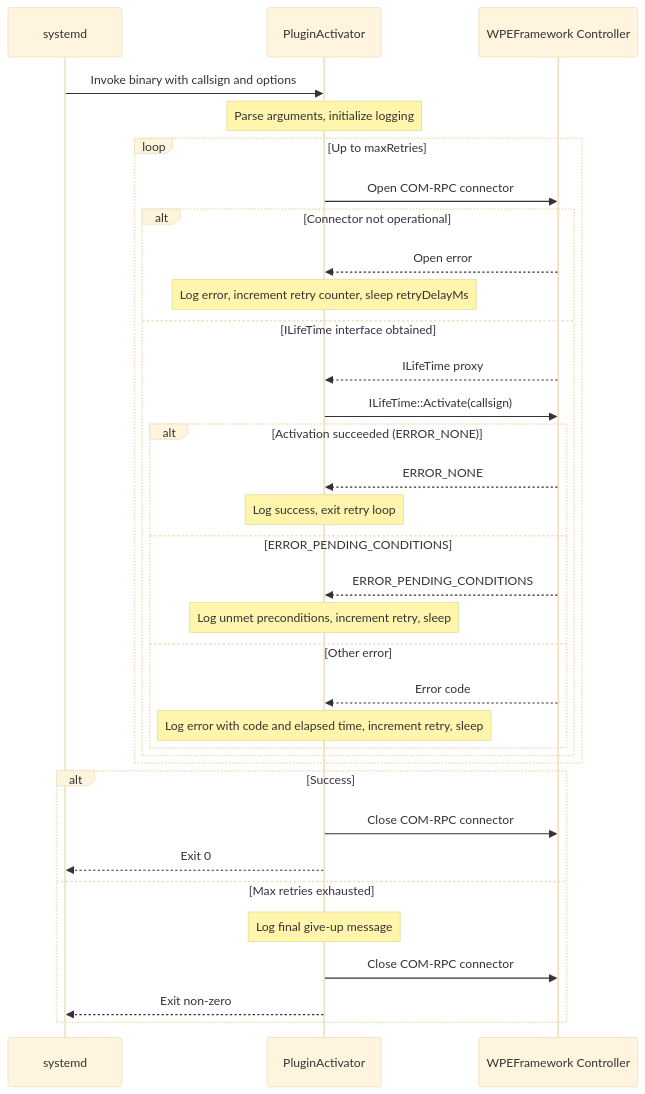
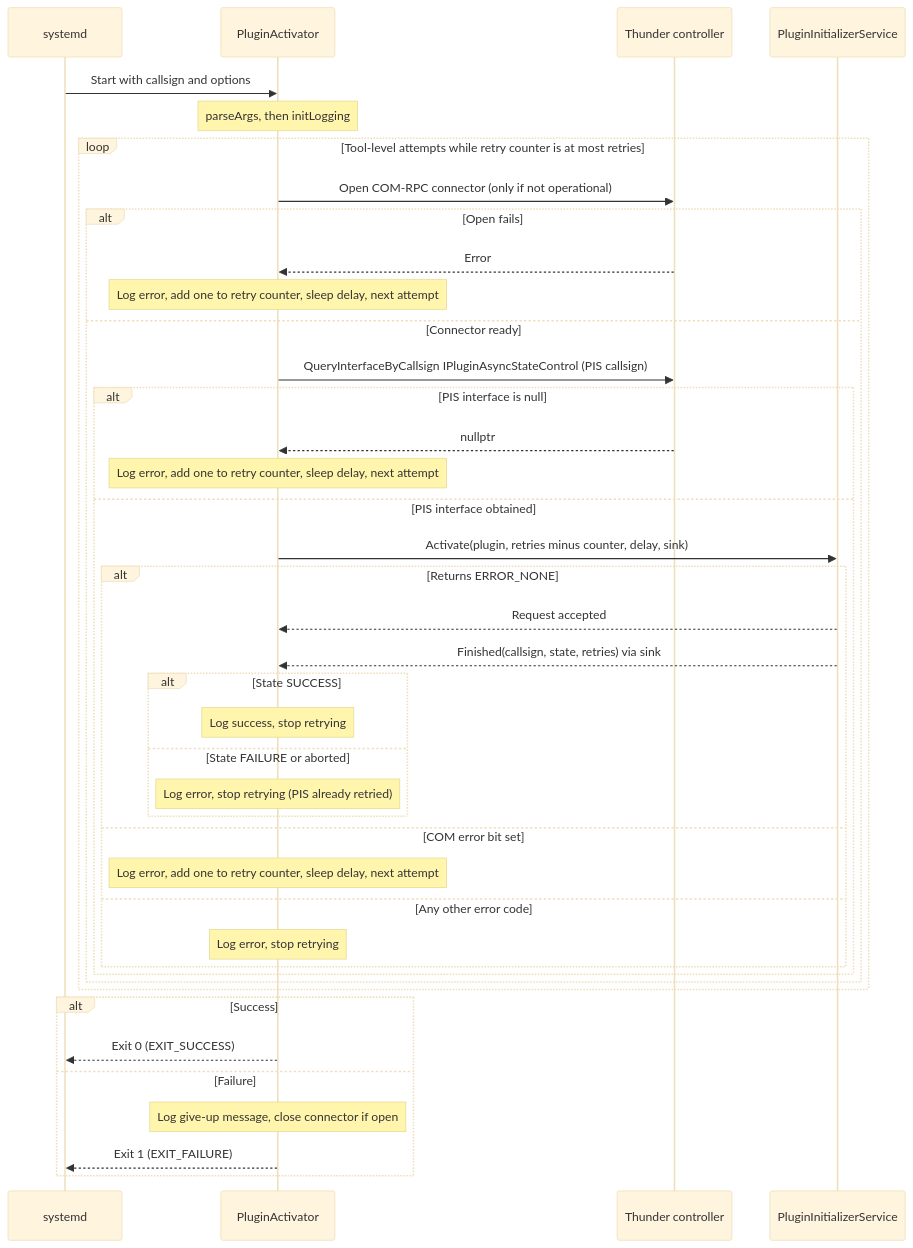
Before and after one commit to rdkcentral/ThunderPluginActivator: the third of 4 diagrams in docs/README.md, drawn with Mermaid (base theme). The commit also changed other lines of this file, not shown here.

````diff
--- a/docs/README.md
+++ b/docs/README.md
@@ -126,41 +67,46 @@
 ```mermaid
 sequenceDiagram
     participant Systemd as systemd
     participant PA as PluginActivator
-    participant Thunder as WPEFramework Controller
+    participant Thunder as Thunder controller
+    participant PIS as PluginInitializerService
 
-    Systemd->>PA: Invoke binary with callsign and options
-    Note over PA: Parse arguments, initialize logging
+    Systemd->>PA: Start with callsign and options
+    Note over PA: parseArgs, then initLogging
 
-    loop Up to maxRetries
-        PA->>Thunder: Open COM-RPC connector
-
-        alt Connector not operational
-            Thunder-->>PA: Open error
-            Note over PA: Log error, increment retry counter, sleep retryDelayMs
-        else ILifeTime interface obtained
-            Thunder-->>PA: ILifeTime proxy
-            PA->>Thunder: ILifeTime::Activate(callsign)
-
-            alt Activation succeeded (ERROR_NONE)
-                Thunder-->>PA: ERROR_NONE
-                Note over PA: Log success, exit retry loop
-            else ERROR_PENDING_CONDITIONS
-                Thunder-->>PA: ERROR_PENDING_CONDITIONS
-                Note over PA: Log unmet preconditions, increment retry, sleep
-            else Other error
-                Thunder-->>PA: Error code
-                Note over PA: Log error with code and elapsed time, increment retry, sleep
+    loop Tool-level attempts while retry counter is at most retries
+        PA->>Thunder: Open COM-RPC connector (only if not operational)
+        alt Open fails
+            Thunder-->>PA: Error
+            Note over PA: Log error, add one to retry counter, sleep delay, next attempt
+        else Connector ready
+            PA->>Thunder: QueryInterfaceByCallsign IPluginAsyncStateControl (PIS callsign)
+            alt PIS interface is null
+                Thunder-->>PA: nullptr
+                Note over PA: Log error, add one to retry counter, sleep delay, next attempt
+            else PIS interface obtained
+                PA->>PIS: Activate(plugin, retries minus counter, delay, sink)
+                alt Returns ERROR_NONE
+                    PIS-->>PA: Request accepted
+                    PIS-->>PA: Finished(callsign, state, retries) via sink
+                    alt State SUCCESS
+                        Note over PA: Log success, stop retrying
+                    else State FAILURE or aborted
+                        Note over PA: Log error, stop retrying (PIS already retried)
+                    end
+                else COM error bit set
+                    Note over PA: Log error, add one to retry counter, sleep delay, next attempt
+                else Any other error code
+                    Note over PA: Log error, stop retrying
+                end
             end
         end
     end
 
     alt Success
-        PA->>Thunder: Close COM-RPC connector
-        PA-->>Systemd: Exit 0
-    else Max retries exhausted
-        Note over PA: Log final give-up message
-        PA->>Thunder: Close COM-RPC connector
-        PA-->>Systemd: Exit non-zero
+        PA-->>Systemd: Exit 0 (EXIT_SUCCESS)
+    else Failure
+        Note over PA: Log give-up message, close connector if open
+        PA-->>Systemd: Exit 1 (EXIT_FAILURE)
     end
 ```
````
